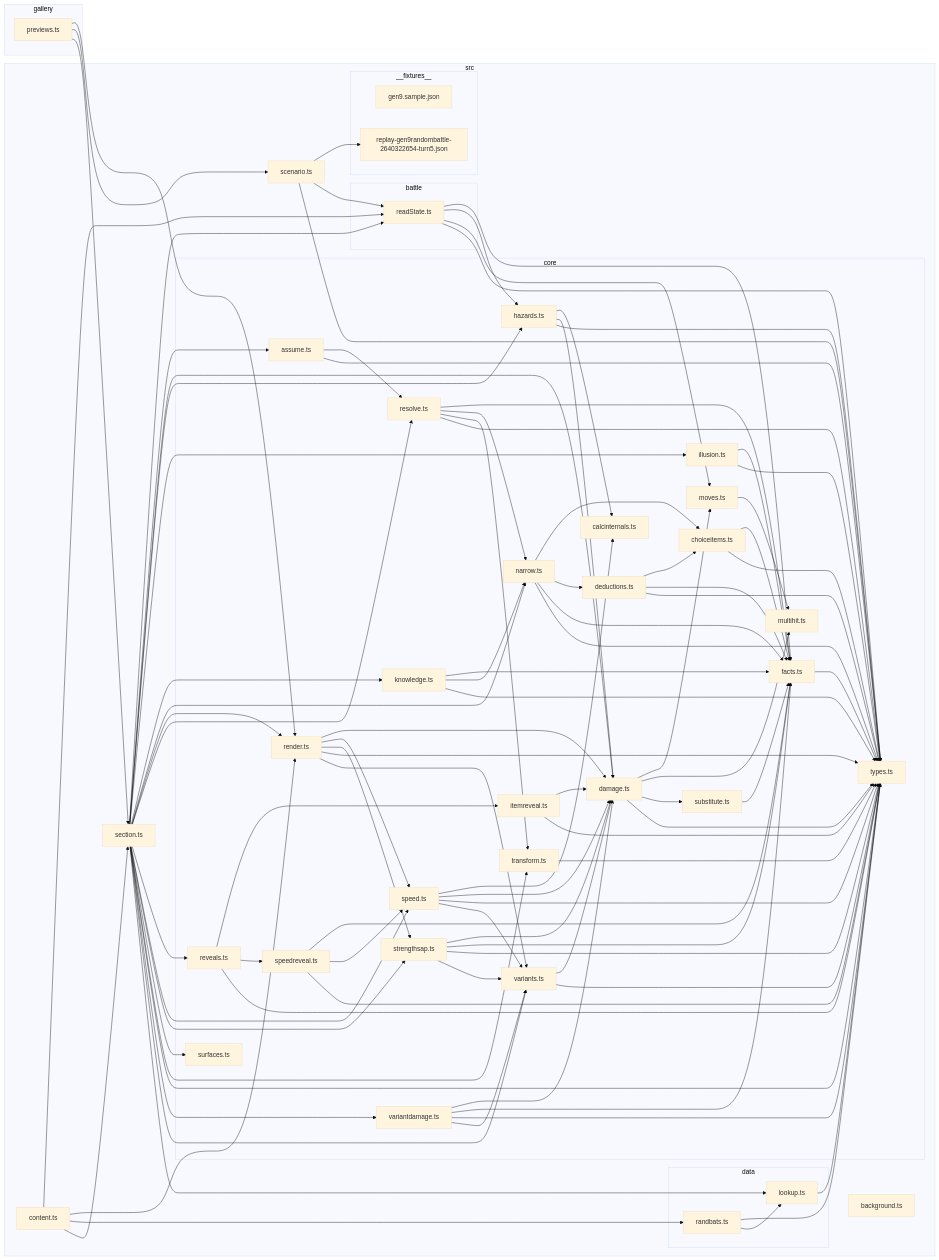
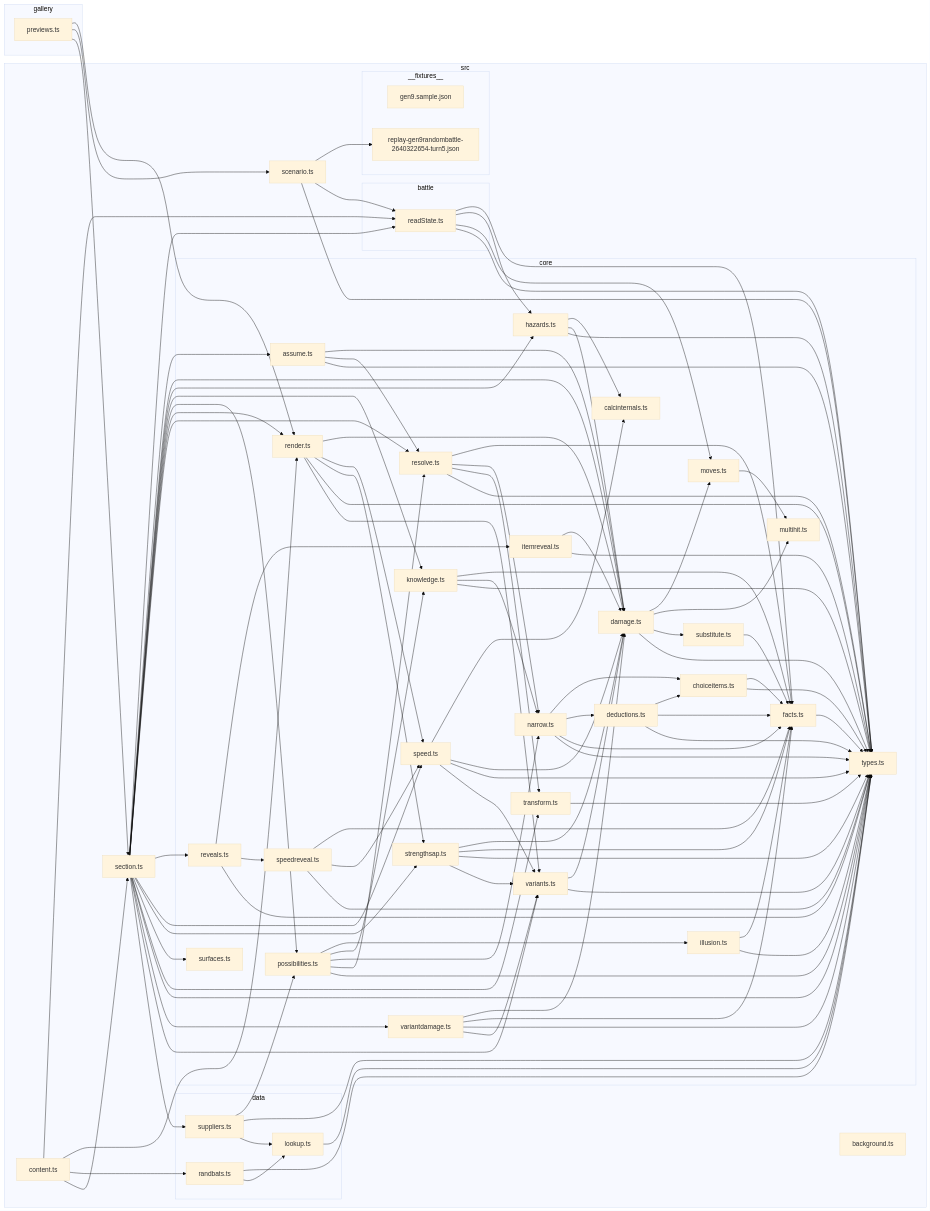
One commit to seanaujong/hi-chu changed the diagram in docs/architecture-graph.md. Above: the diagram before and after it, drawn with Mermaid (base theme). The commit also changed other lines of this file and 8 other files, not shown here.

````diff
--- a/docs/architecture-graph.md
+++ b/docs/architecture-graph.md
@@ -39,29 +39,31 @@
 P["choiceitems.ts"]
 Q["deductions.ts"]
 R["transform.ts"]
-S["illusion.ts"]
-T["knowledge.ts"]
-U["reveals.ts"]
-V["itemreveal.ts"]
-W["speedreveal.ts"]
-X["surfaces.ts"]
-Y["variantdamage.ts"]
+S["knowledge.ts"]
+T["possibilities.ts"]
+U["illusion.ts"]
+V["reveals.ts"]
+W["itemreveal.ts"]
+X["speedreveal.ts"]
+Y["surfaces.ts"]
+Z["variantdamage.ts"]
 end
 F["scenario.ts"]
 subgraph G["__fixtures__"]
 H["replay-gen9randombattle-2640322654-turn5.json"]
-14["gen9.sample.json"]
+16["gen9.sample.json"]
 end
 subgraph I["battle"]
 J["readState.ts"]
 end
 L["section.ts"]
-subgraph Z["data"]
-10["lookup.ts"]
-13["randbats.ts"]
+subgraph 10["data"]
+11["suppliers.ts"]
+12["lookup.ts"]
+15["randbats.ts"]
 end
-11["background.ts"]
-12["content.ts"]
+13["background.ts"]
+14["content.ts"]
 end
 1-->4
 1-->F
@@ -104,18 +106,18 @@
 L-->K
 L-->S
 L-->T
-L-->O
 L-->4
 L-->N
-L-->U
+L-->V
 L-->B
 L-->E
-L-->X
+L-->Y
 L-->R
 L-->A
-L-->Y
+L-->Z
 L-->D
-L-->10
+L-->11
+M-->5
 M-->N
 M-->A
 N-->9
@@ -133,27 +135,35 @@
 Q-->A
 R-->A
 S-->9
+S-->O
 S-->A
-T-->9
+T-->U
+T-->S
 T-->O
+T-->N
 T-->A
-U-->V
-U-->W
+U-->9
 U-->A
-V-->5
+V-->W
+V-->X
 V-->A
-W-->9
-W-->B
+W-->5
 W-->A
-Y-->5
-Y-->9
-Y-->A
-Y-->D
-10-->A
-12-->J
-12-->4
-12-->13
-12-->L
-13-->A
-13-->10
+X-->9
+X-->B
+X-->A
+Z-->5
+Z-->9
+Z-->A
+Z-->D
+11-->T
+11-->A
+11-->12
+12-->A
+14-->J
+14-->4
+14-->15
+14-->L
+15-->A
+15-->12
 ```
````
